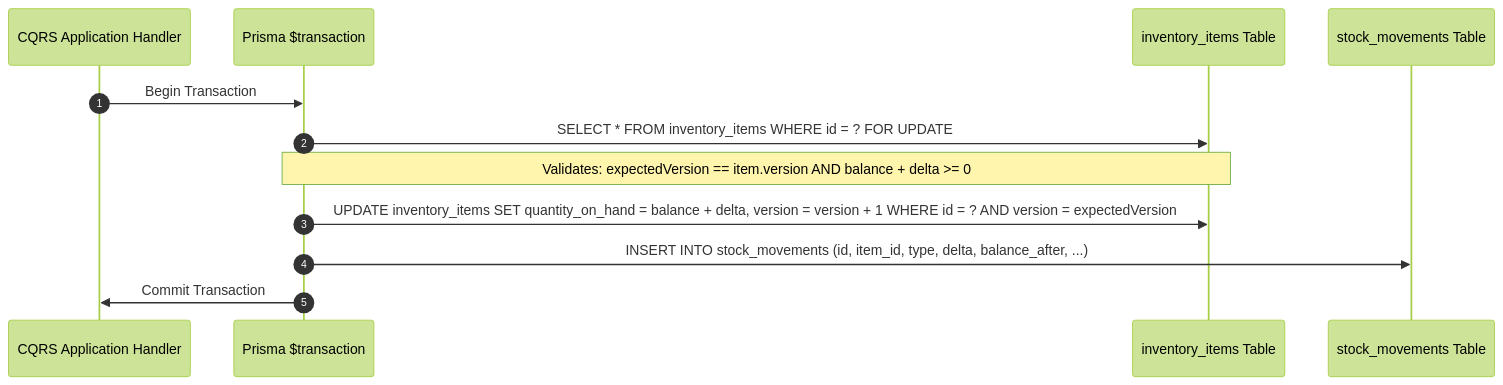
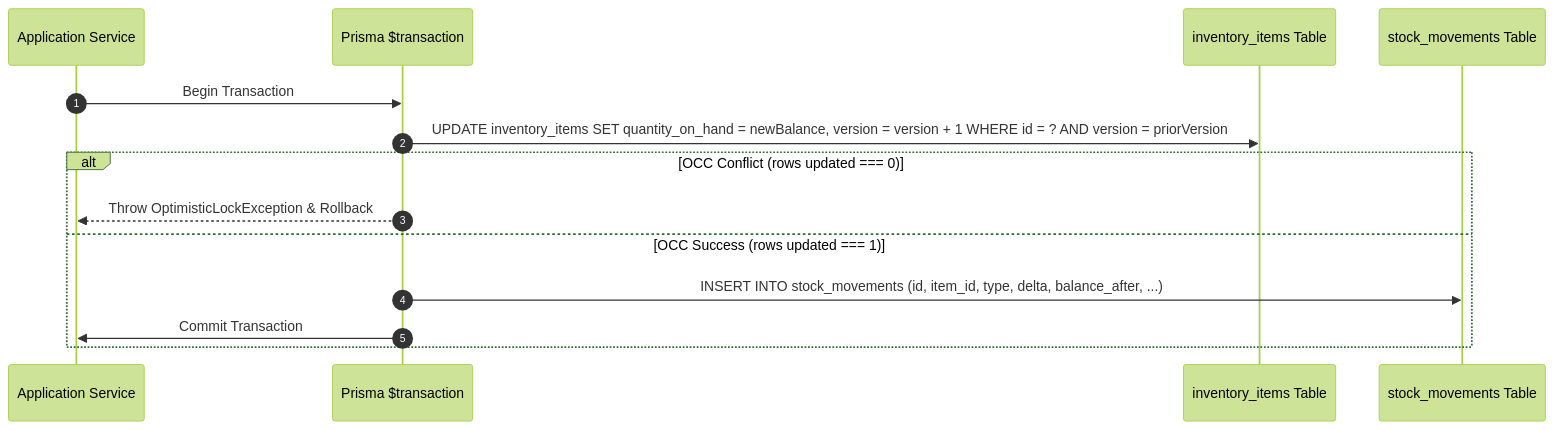
One commit to izzydin/kinergy-platform changed the second of 5 diagrams in docs/architecture/resources/persistence-strategy.md. Above: the diagram before and after it, drawn with Mermaid (forest theme). The commit also changed other lines of this file and 5 other files, not shown here.

Commit message:
feat(resources): implement inventory stock mutation atomicity and occ concurrency verification

````diff
--- a/docs/architecture/resources/persistence-strategy.md
+++ b/docs/architecture/resources/persistence-strategy.md
@@ -200,15 +200,17 @@
 ```mermaid
 sequenceDiagram
     autonumber
-    participant App as CQRS Application Handler
+    participant App as Application Service
     participant Tx as Prisma $transaction
     participant ItemTable as inventory_items Table
     participant MovTable as stock_movements Table
 
     App->>Tx: Begin Transaction
-    Tx->>ItemTable: SELECT * FROM inventory_items WHERE id = ? FOR UPDATE
-    Note over Tx,ItemTable: Validates: expectedVersion == item.version AND balance + delta >= 0
-    Tx->>ItemTable: UPDATE inventory_items SET quantity_on_hand = balance + delta, version = version + 1 WHERE id = ? AND version = expectedVersion
-    Tx->>MovTable: INSERT INTO stock_movements (id, item_id, type, delta, balance_after, ...)
-    Tx->>App: Commit Transaction
+    Tx->>ItemTable: UPDATE inventory_items SET quantity_on_hand = newBalance, version = version + 1 WHERE id = ? AND version = priorVersion
+    alt OCC Conflict (rows updated === 0)
+        Tx-->>App: Throw OptimisticLockException & Rollback
+    else OCC Success (rows updated === 1)
+        Tx->>MovTable: INSERT INTO stock_movements (id, item_id, type, delta, balance_after, ...)
+        Tx->>App: Commit Transaction
+    end
 ```
````
